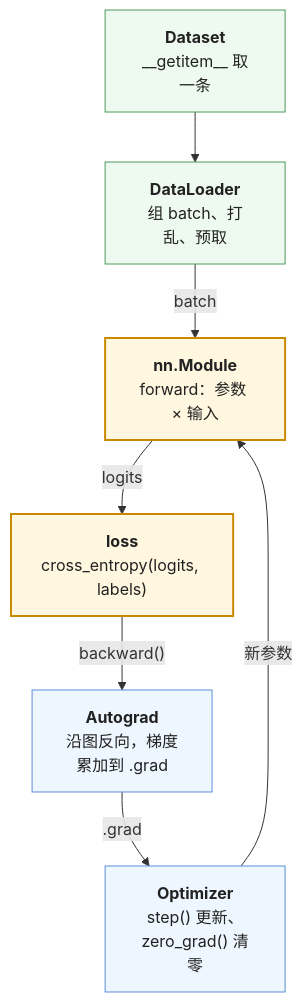
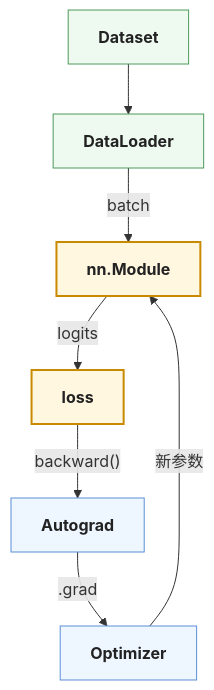
Before and after one commit to arganzheng/arganzheng.github.com: the second of 4 diagrams in slides/2026-01-22-algorithm-tooling.md, drawn with Mermaid. The commit also changed other lines of this file, not shown here.

Commit message:
slides/algorithm-tooling: cut/shorten mermaid diagrams below 14px rendered text (check-render smalltext/overlap)

````diff
--- a/slides/2026-01-22-algorithm-tooling.md
+++ b/slides/2026-01-22-algorithm-tooling.md
@@ -129,16 +129,16 @@
 ```mermaid
 %%{init: {"flowchart": {"wrappingWidth": 120}}}%%
 flowchart TB
-    DS["<b>Dataset</b><br/>__getitem__ 取一条"] --> DL["<b>DataLoader</b><br/>组 batch、打乱、预取"]
-    DL -- "batch" --> M["<b>nn.Module</b><br/>forward：参数 × 输入"]
-    M -- "logits" --> L["<b>loss</b><br/>cross_entropy(logits, labels)"]
-    L -- "backward()" --> AG["<b>Autograd</b><br/>沿图反向，梯度累加到 .grad"]
-    AG -- ".grad" --> OPT["<b>Optimizer</b><br/>step() 更新、zero_grad() 清零"]
+    DS["<b>Dataset</b>"] --> DL["<b>DataLoader</b>"]
+    DL -- "batch" --> M["<b>nn.Module</b>"]
+    M -- "logits" --> L["<b>loss</b>"]
+    L -- "backward()" --> AG["<b>Autograd</b>"]
+    AG -- ".grad" --> OPT["<b>Optimizer</b>"]
     OPT -- "新参数" --> M
     classDef data fill:#eefaf0,stroke:#4d9a5c,color:#222
     classDef model fill:#fff7e0,stroke:#c98a00,stroke-width:2px,color:#222
     classDef grad fill:#eef6ff,stroke:#5b8fd6,color:#222
     class DS,DL data
     class M,L model
     class AG,OPT grad
 ```
````
